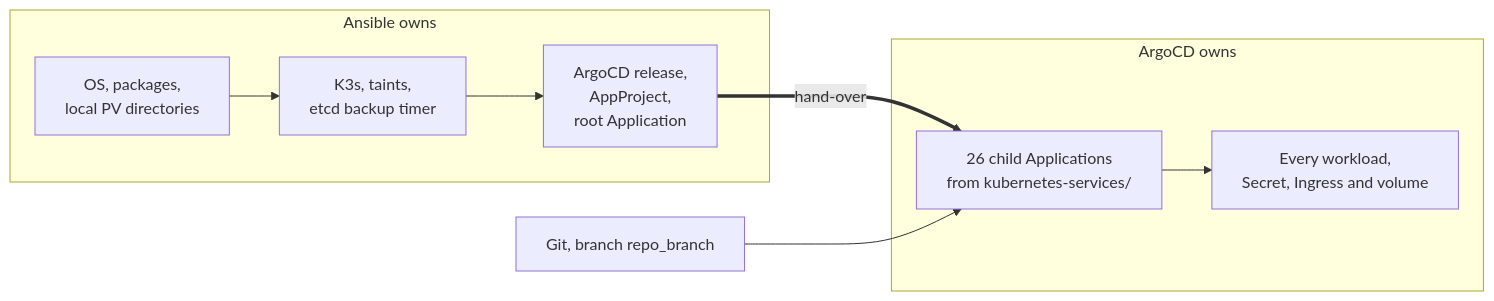
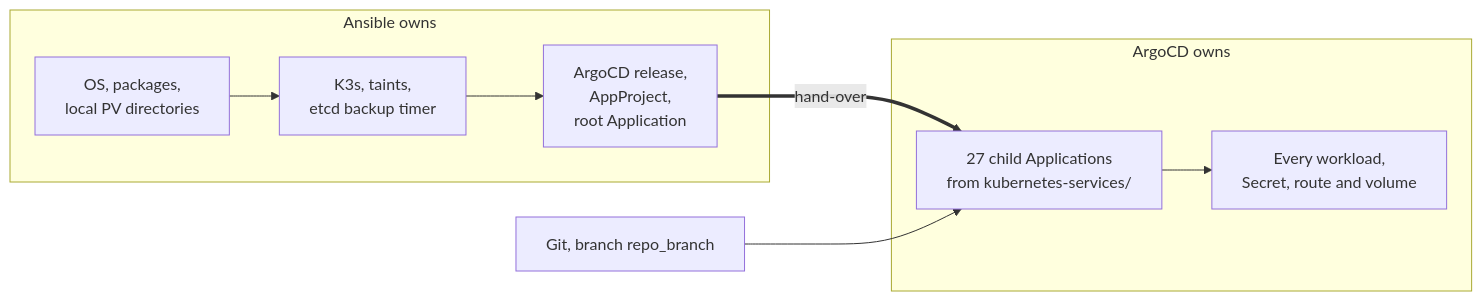
The third of 3 diagrams in docs/explanations/architecture/provisioning.md (gilesknap/tpi-k3s-ansible), drawn with Mermaid before and after one commit. The commit also changed other lines of this file and 32 other files, not shown here.

````diff
--- a/docs/explanations/architecture/provisioning.md
+++ b/docs/explanations/architecture/provisioning.md
@@ -188,16 +190,16 @@
 ```mermaid
 flowchart LR
     subgraph ANSIBLE["Ansible owns"]
         A1["OS, packages,<br/>local PV directories"]
         A2["K3s, taints,<br/>etcd backup timer"]
         A3["ArgoCD release,<br/>AppProject,<br/>root Application"]
         A1 --> A2 --> A3
     end
     subgraph ARGO["ArgoCD owns"]
-        G1["26 child Applications<br/>from kubernetes-services/"]
-        G2["Every workload,<br/>Secret, Ingress and volume"]
+        G1["27 child Applications<br/>from kubernetes-services/"]
+        G2["Every workload,<br/>Secret, route and volume"]
         G1 --> G2
     end
     A3 ==>|"hand-over"| G1
     GIT["Git, branch repo_branch"] --> G1
 ```
````
